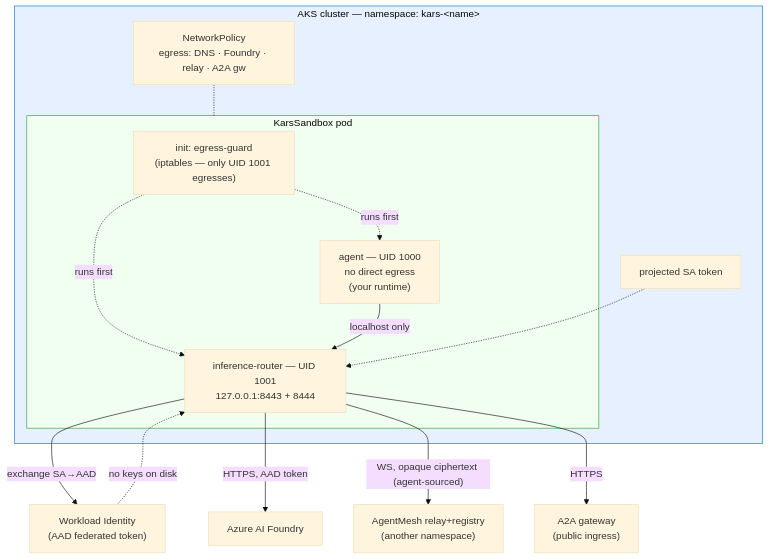
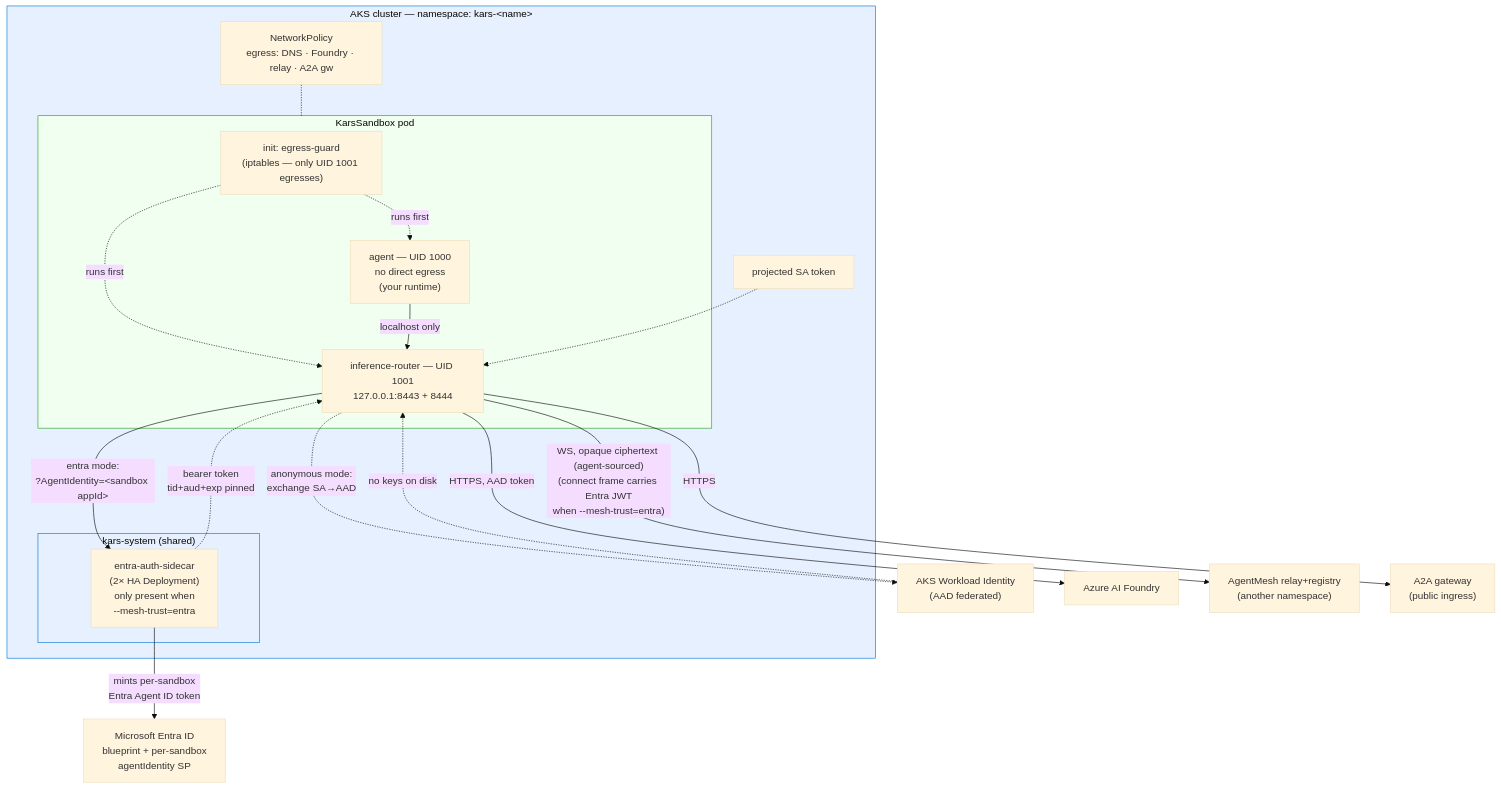
One commit to lachie83/kars changed the second of 9 diagrams in docs/architecture-diagrams.md. Above: the diagram before and after it, drawn with Mermaid (base theme). The commit also changed other lines of this file and 6 other files, not shown here.

First line of the commit message:
docs(readme,architecture): refresh identity story for Entra Agent ID + scrub residual azureclaw refs (#366)

````diff
--- a/docs/architecture-diagrams.md
+++ b/docs/architecture-diagrams.md
@@ -40,33 +43,40 @@
 ```mermaid
 flowchart TB
   subgraph Cluster["AKS cluster — namespace: kars-&lt;name&gt;"]
     subgraph Pod["KarsSandbox pod"]
       Init["init: egress-guard<br/>(iptables — only UID 1001 egresses)"]
       Agent["agent — UID 1000<br/>no direct egress<br/>(your runtime)"]
       Router["inference-router — UID 1001<br/>127.0.0.1:8443 + 8444"]
       Init -.->|runs first| Agent
       Init -.->|runs first| Router
       Agent -->|localhost only| Router
     end
     NP["NetworkPolicy<br/>egress: DNS · Foundry · relay · A2A gw"]
     NP -.- Pod
     SA["projected SA token"]
     SA -.-> Router
+    subgraph SysNs["kars-system (shared)"]
+      Sidecar["entra-auth-sidecar<br/>(2× HA Deployment)<br/>only present when<br/>--mesh-trust=entra"]
+    end
   end
 
-  WI["Workload Identity<br/>(AAD federated token)"]
+  WI["AKS Workload Identity<br/>(AAD federated)"]
+  EntraID["Microsoft Entra ID<br/>blueprint + per-sandbox<br/>agentIdentity SP"]
   Foundry["Azure AI Foundry"]
   Mesh["AgentMesh relay+registry<br/>(another namespace)"]
   A2A["A2A gateway<br/>(public ingress)"]
 
-  Router -->|exchange SA→AAD| WI
+  Router -.->|"anonymous mode:<br/>exchange SA→AAD"| WI
+  Router -->|"entra mode:<br/>?AgentIdentity=&lt;sandbox appId&gt;"| Sidecar
+  Sidecar -->|"mints per-sandbox<br/>Entra Agent ID token"| EntraID
   WI -.->|no keys on disk| Router
+  Sidecar -.->|bearer token<br/>tid+aud+exp pinned| Router
   Router -->|HTTPS, AAD token| Foundry
-  Router -->|"WS, opaque ciphertext (agent-sourced)"| Mesh
+  Router -->|"WS, opaque ciphertext (agent-sourced)<br/>(connect frame carries Entra JWT<br/>when --mesh-trust=entra)"| Mesh
   Router -->|HTTPS| A2A
 
   classDef cluster fill:#e6f0ff,stroke:#0078d4
   classDef pod fill:#f0fff0,stroke:#2a9d2a
   class Cluster cluster
   class Pod pod
 ```
````
